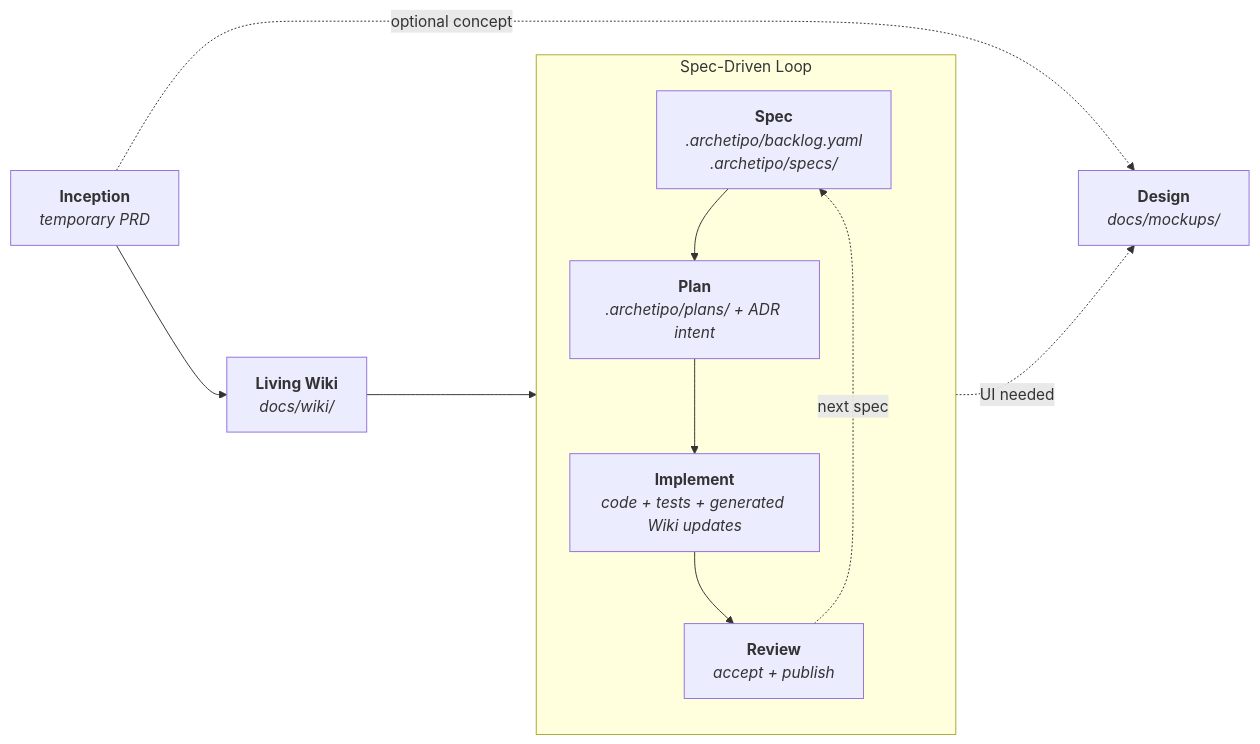
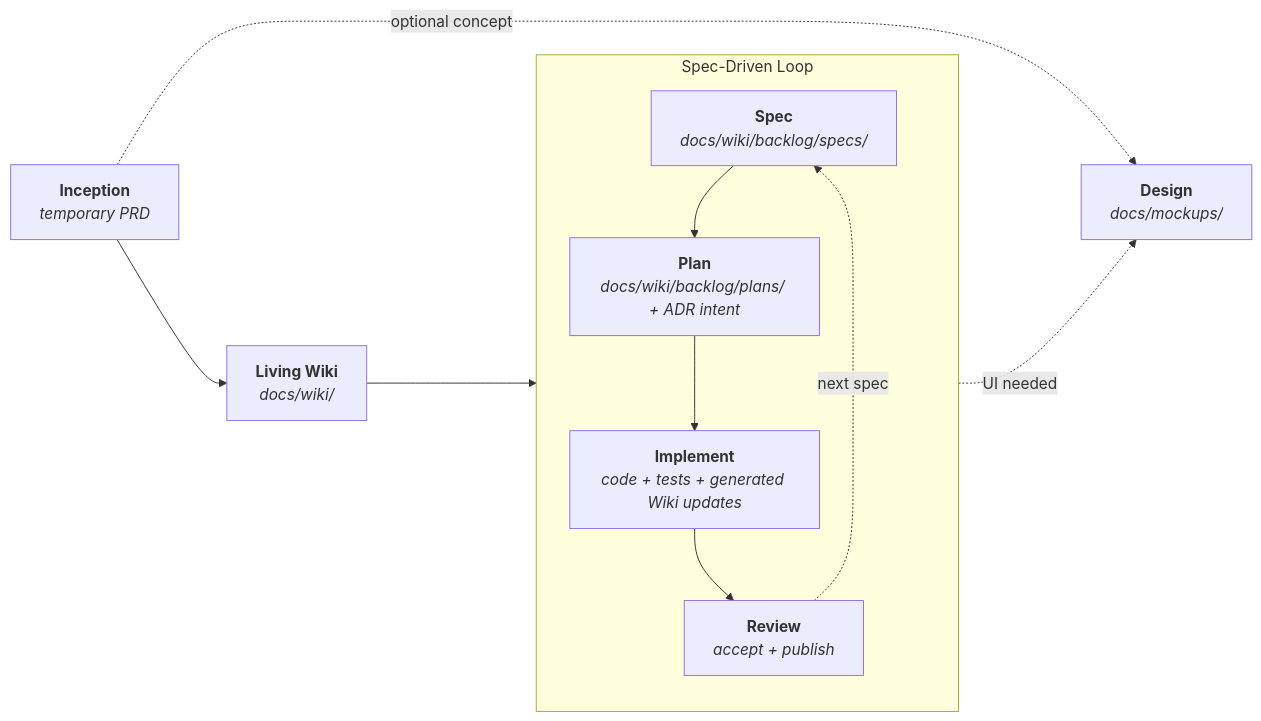
Before and after one commit to techreloaded-ar/ARchetipo: the diagram in README.md, drawn with Mermaid. The commit also changed other lines of this file and 16 other files, not shown here.

Commit message:
feat(wiki): persist specs and plans in project wiki

````diff
--- a/README.md
+++ b/README.md
@@ -89,16 +89,16 @@
 ```mermaid
 flowchart LR
     I["<b>Inception</b><br/><i>temporary PRD</i>"] --> W["<b>Living Wiki</b><br/><i>docs/wiki/</i>"]
     W --> S
     I -. optional concept .-> D["<b>Design</b><br/><i>docs/mockups/</i>"]
 
     subgraph Loop["Spec-Driven Loop"]
         direction TB
-        S["<b>Spec</b><br/><i>.archetipo/backlog.yaml<br/>.archetipo/specs/</i>"] --> P["<b>Plan</b><br/><i>.archetipo/plans/ + ADR intent</i>"]
+        S["<b>Spec</b><br/><i>docs/wiki/backlog/specs/</i>"] --> P["<b>Plan</b><br/><i>docs/wiki/backlog/plans/ + ADR intent</i>"]
         P --> IM["<b>Implement</b><br/><i>code + tests + generated Wiki updates</i>"]
         IM --> R["<b>Review</b><br/><i>accept + publish</i>"]
         R -. next spec .-> S
     end
 
     P -. UI needed .-> D
 ```
````
